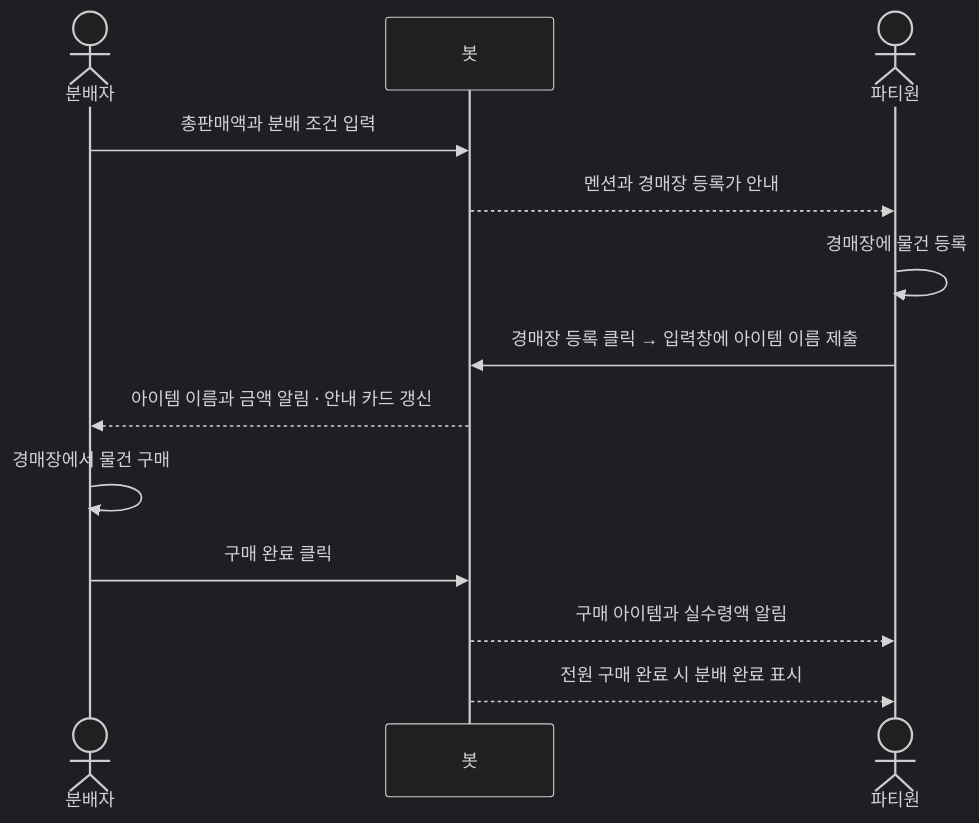
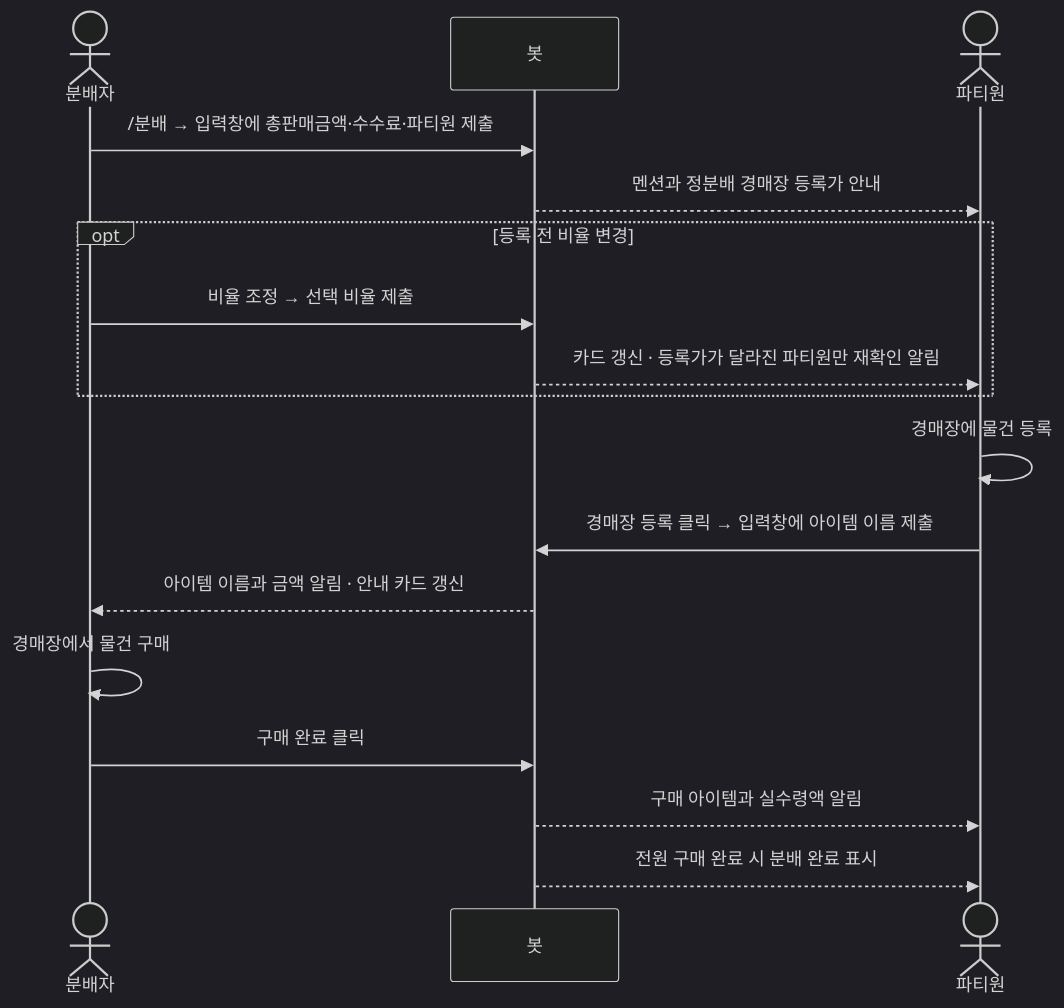
One commit to JinDevLab/ricemonkey-bot changed the diagram in README.md. Above: the diagram before and after it, drawn with Mermaid (dark theme). The commit also changed other lines of this file and 4 other files, not shown here.

````diff
--- a/README.md
+++ b/README.md
@@ -68,15 +69,19 @@
 ```mermaid
 sequenceDiagram
     actor Distributor as 분배자
     participant Bot as 봇
     actor Member as 파티원
-    Distributor->>Bot: 총판매액과 분배 조건 입력
-    Bot-->>Member: 멘션과 경매장 등록가 안내
+    Distributor->>Bot: /분배 → 입력창에 총판매금액·수수료·파티원 제출
+    Bot-->>Member: 멘션과 정분배 경매장 등록가 안내
+    opt 등록 전 비율 변경
+        Distributor->>Bot: 비율 조정 → 선택 비율 제출
+        Bot-->>Member: 카드 갱신 · 등록가가 달라진 파티원만 재확인 알림
+    end
     Member->>Member: 경매장에 물건 등록
     Member->>Bot: 경매장 등록 클릭 → 입력창에 아이템 이름 제출
     Bot-->>Distributor: 아이템 이름과 금액 알림 · 안내 카드 갱신
     Distributor->>Distributor: 경매장에서 물건 구매
     Distributor->>Bot: 구매 완료 클릭
     Bot-->>Member: 구매 아이템과 실수령액 알림
     Bot-->>Member: 전원 구매 완료 시 분배 완료 표시
 ```
````
